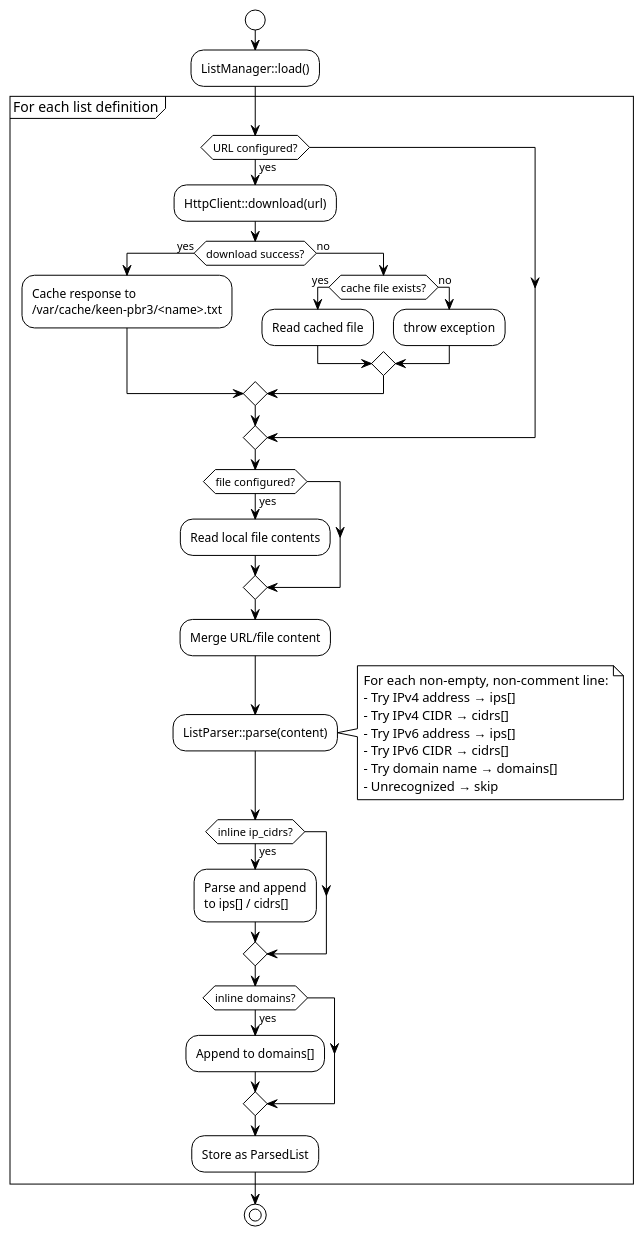
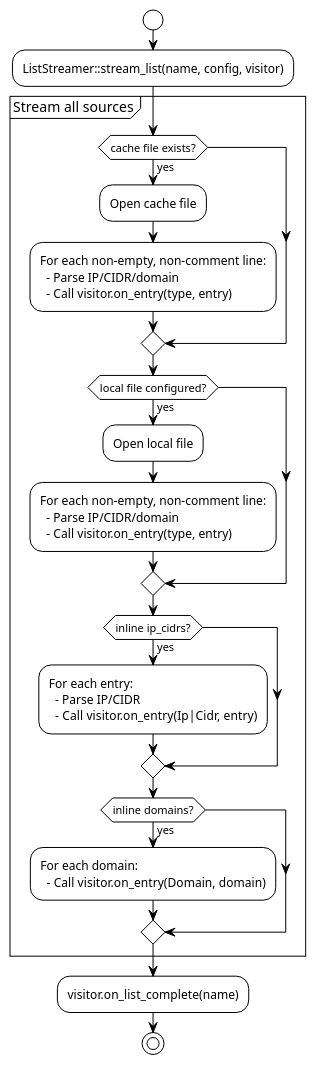
Before and after one commit to maksimkurb/keen-pbr: the seventh of 16 diagrams in STATE.md, drawn with PlantUML. The commit also changed other lines of this file and 5 other files, not shown here.

````diff
--- a/STATE.md
+++ b/STATE.md
@@ -635,52 +733,40 @@
 ```plantuml
 @startuml lists
 !theme plain
 skinparam backgroundColor white
 
 start
-:ListManager::load();
+:ListStreamer::stream_list(name, config, visitor);
 
-partition "For each list definition" {
-  if (URL configured?) then (yes)
-    :HttpClient::download(url);
-    if (download success?) then (yes)
-      :Cache response to\n/var/cache/keen-pbr3/<name>.txt;
-    else (no)
-      if (cache file exists?) then (yes)
-        :Read cached file;
-      else (no)
-        :throw exception;
-      endif
-    endif
+partition "Stream all sources" {
+  if (cache file exists?) then (yes)
+    :Open cache file;
+    :For each non-empty, non-comment line:
+      - Parse IP/CIDR/domain
+      - Call visitor.on_entry(type, entry);
   endif
 
-  if (file configured?) then (yes)
-    :Read local file contents;
+  if (local file configured?) then (yes)
+    :Open local file;
+    :For each non-empty, non-comment line:
+      - Parse IP/CIDR/domain
+      - Call visitor.on_entry(type, entry);
   endif
 
-  :Merge URL/file content;
-  :ListParser::parse(content);
-  note right
-    For each non-empty, non-comment line:
-    - Try IPv4 address → ips[]
-    - Try IPv4 CIDR → cidrs[]
-    - Try IPv6 address → ips[]
-    - Try IPv6 CIDR → cidrs[]
-    - Try domain name → domains[]
-    - Unrecognized → skip
-  end note
-
   if (inline ip_cidrs?) then (yes)
-    :Parse and append\nto ips[] / cidrs[];
+    :For each entry:
+      - Parse IP/CIDR
+      - Call visitor.on_entry(Ip|Cidr, entry);
   endif
 
   if (inline domains?) then (yes)
-    :Append to domains[];
+    :For each domain:
+      - Call visitor.on_entry(Domain, domain);
   endif
+}
 
-  :Store as ParsedList;
-}
+:visitor.on_list_complete(name);
 
 stop
 @enduml
 ```
````
